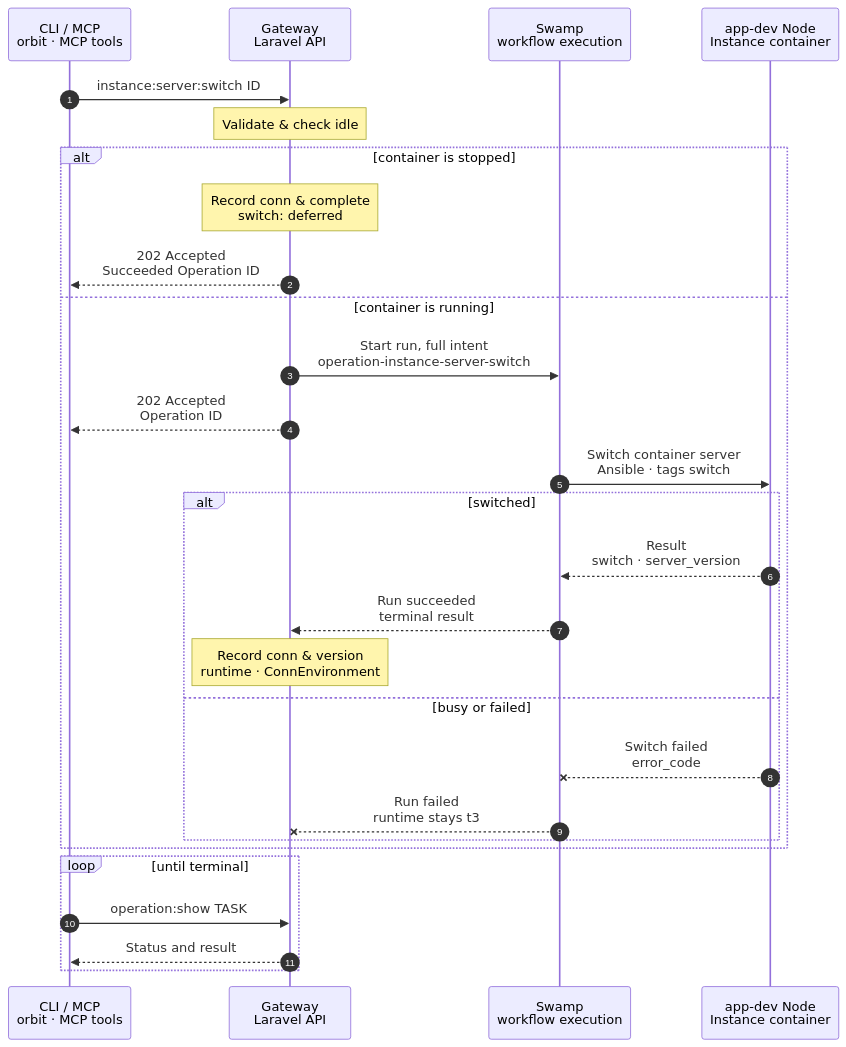
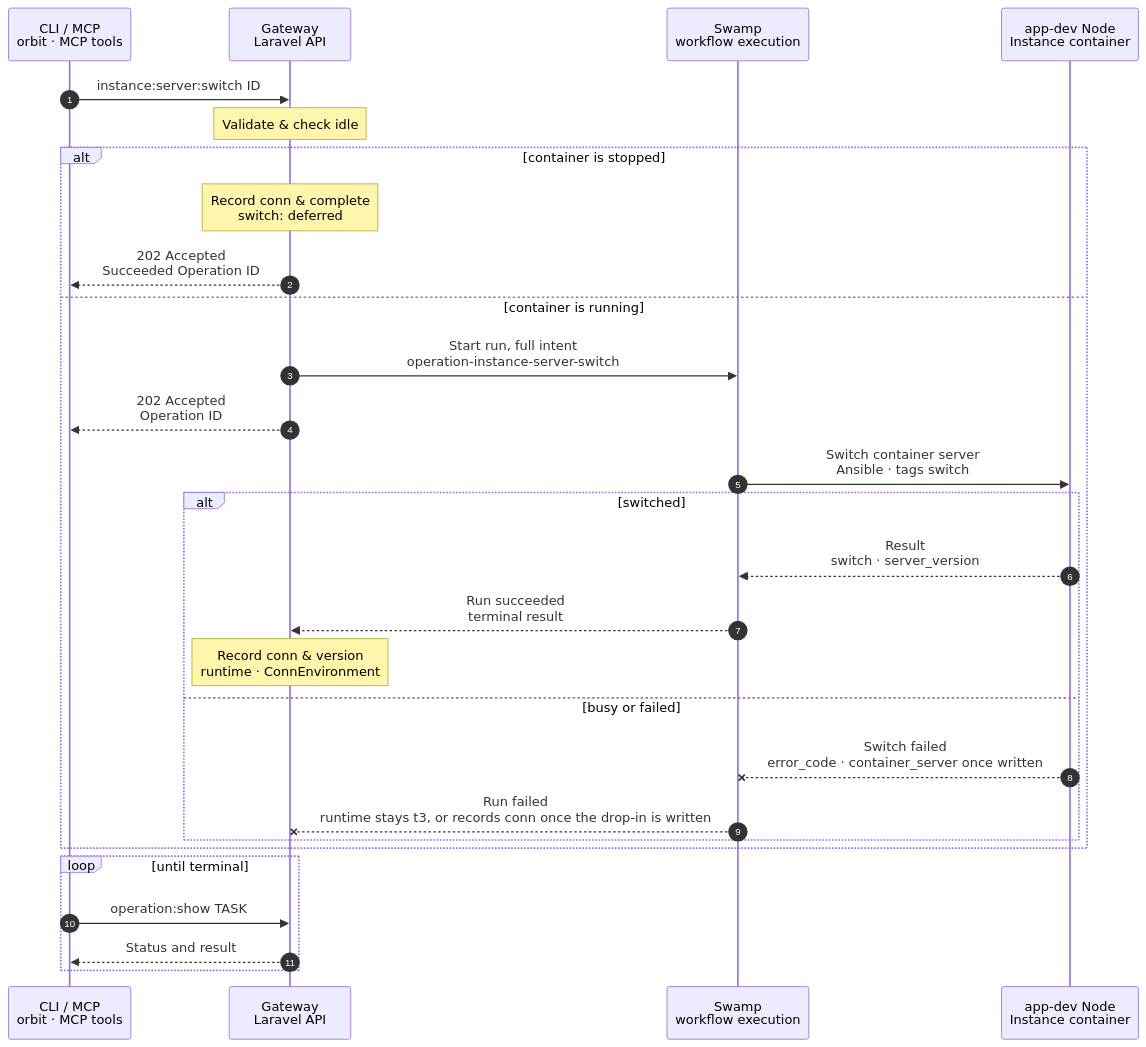
Before and after one commit to hardimpactdev/orbit: the diagram in docs/cli/instance/server-switch.mmd, drawn with Mermaid. The commit also changed 21 other files, not shown here.

Commit message:
Keep the Project code guard, wait for the Conn Server import, and switch at every wake path

```diff
--- a/docs/cli/instance/server-switch.mmd
+++ b/docs/cli/instance/server-switch.mmd
@@ -1,54 +1,54 @@
 sequenceDiagram
   %% Switch an existing T3 container runtime to the Conn Server (ADR 0258, docs/reference/development-containers.md#container-server).
   %% status: draft
   %% command: instance:server:switch
   %% kind: instance.server_switch
   autonumber
   %% lane CLI icon=terminal pill=caller tone=gray
   %% lane GW icon=gateway pill=intent tone=blue
   %% lane SW icon=workflow pill=executes tone=green
   %% lane N icon=server pill=target tone=amber
   participant CLI as CLI / MCP<br/>orbit · MCP tools
   participant GW as Gateway<br/>Laravel API
   participant SW as Swamp<br/>workflow execution
   participant N as app-dev Node<br/>Instance container
   CLI->>GW: instance:server:switch ID
   %%> Command:
   %%> - `orbit instance:server:switch INSTANCE`
   %%> - syntax: `<instance-id> [--idempotency-key=KEY] [--json]`
   Note over GW: Validate & check idle
   %%> When:
   %%> - active container runtime with `container_server = t3` and `conn-server` pinned in the recipe
   %%> - for a running container, confirm no agent turn, pending request or held reservation is active
   %%> On failure:
   %%> - serverless runtime (`instance.container_server_none`), already `conn` (`instance.container_server_already_conn`), active turn/task (`instance.container_server_busy`), unreadable T3 (`instance.t3_unreadable`) or lifecycle work (`instance.lifecycle_busy`) refuses with 409
   alt container is stopped
     %% path: deferred
     Note over GW: Record conn & complete<br/>switch: deferred
     %%> Result:
     %%> - `instance_runtimes.container_server` becomes `conn` at once; the next `instance:wake` writes `20-orbit-server.conf` before boot and updates `server_version`
     GW-->>CLI: 202 Accepted<br/>Succeeded Operation ID
   else container is running
     %% path: main
     GW->>SW: Start run, full intent<br/>operation-instance-server-switch
     GW-->>CLI: 202 Accepted<br/>Operation ID
     SW->>N: Switch container server<br/>Ansible · tags switch
     %%> What it does:
     %%> - re-check `t3.service` processes with `t3-service-processes.j2`; refuse `instance.container_server_busy` if any terminal or command runs
-    %%> - read `bin/conn-server --version`, push `20-orbit-server.conf`, reload systemd, restart `t3.service`, and wait until `/.well-known/t3/environment` reports the Conn Server version
+    %%> - read `bin/conn-server --version`, push `20-orbit-server.conf`, reload systemd, restart `t3.service`, and wait up to 600 s (the import) until `/.well-known/t3/environment` reports the Conn Server version
     %%> - Conn Server imports `statev2.sqlite` into `engine.sqlite` on first start while leaving `statev2.sqlite` unchanged
     alt switched
       %% path: switched
       N-->>SW: Result<br/>switch · server_version
       SW-->>GW: Run succeeded<br/>terminal result
       Note over GW: Record conn & version<br/>runtime · ConnEnvironment
     else busy or failed
       %% path: failed
-      N--xSW: Switch failed<br/>error_code
-      SW--xGW: Run failed<br/>runtime stays t3
+      N--xSW: Switch failed<br/>error_code · container_server once written
+      SW--xGW: Run failed<br/>runtime stays t3, or records conn once the drop-in is written
     end
   end
   loop until terminal
     CLI->>GW: operation:show TASK
     GW-->>CLI: Status and result
   end
```
